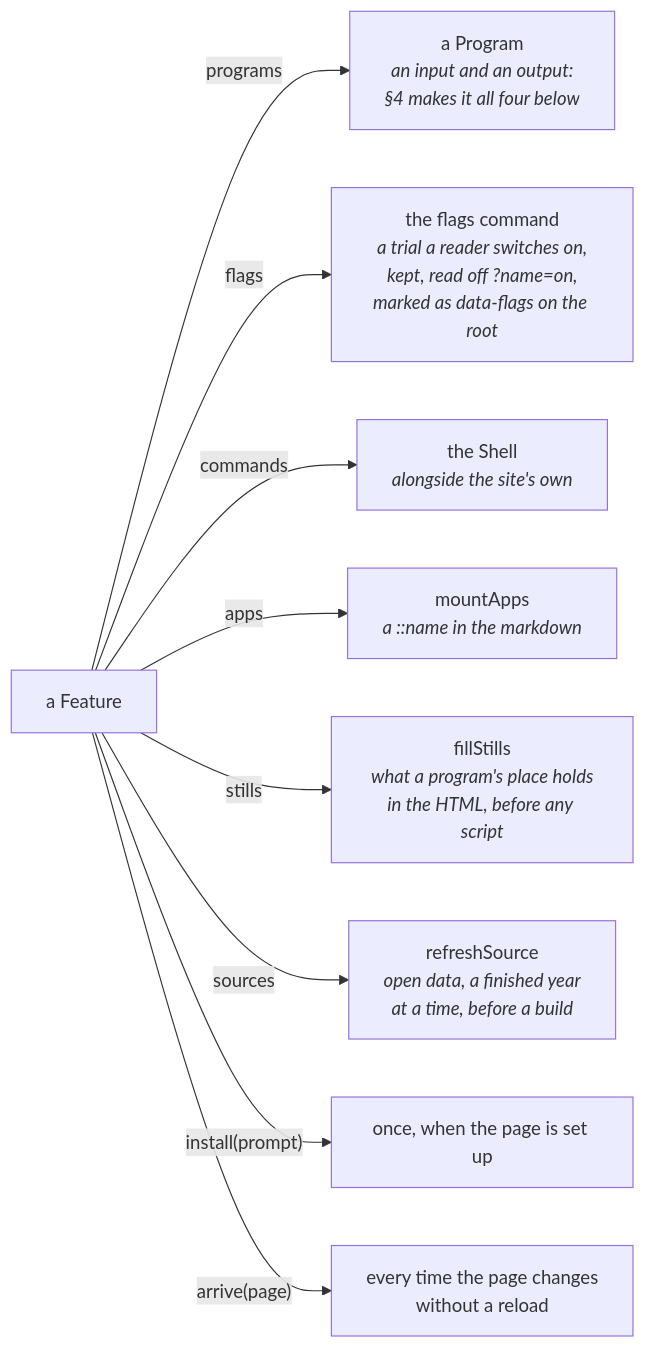
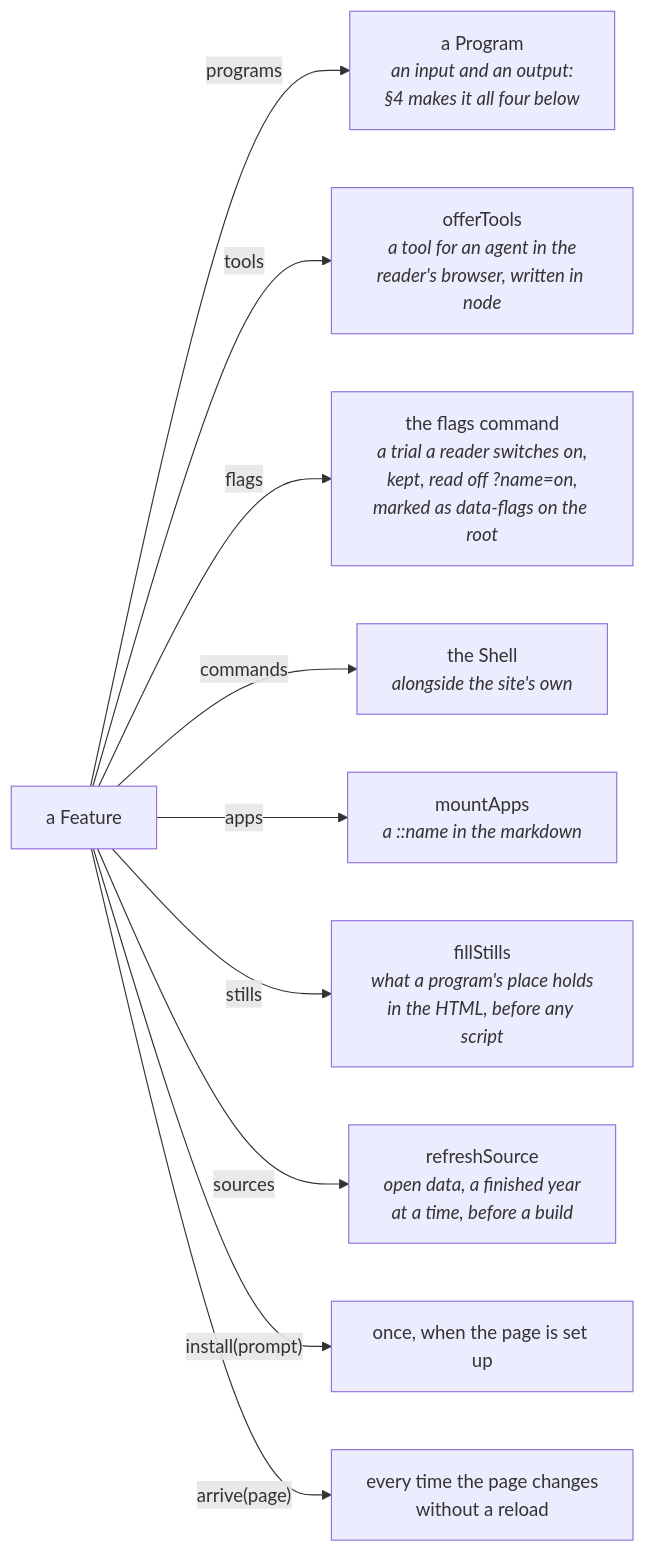
One commit to drpicox/david-rodenas.com changed the third of 8 diagrams in ARCHITECTURE.md. Above: the diagram before and after it, drawn with Mermaid. The commit also changed other lines of this file and 18 other files, not shown here.

````diff
--- a/ARCHITECTURE.md
+++ b/ARCHITECTURE.md
@@ -89,13 +90,14 @@
 ```mermaid
 graph LR
   feature["a Feature"]
 
   feature -- "programs" --> programs["a Program<br/><i>an input and an output:<br/>§4 makes it all four below</i>"]
+  feature -- "tools" --> tools["offerTools<br/><i>a tool for an agent in the<br/>reader's browser, written in node</i>"]
   feature -- "flags" --> flags["the flags command<br/><i>a trial a reader switches on,<br/>kept, read off ?name=on,<br/>marked as data-flags on the root</i>"]
   feature -- "commands" --> shell["the Shell<br/><i>alongside the site's own</i>"]
   feature -- "apps" --> apps["mountApps<br/><i>a ::name in the markdown</i>"]
   feature -- "stills" --> stills["fillStills<br/><i>what a program's place holds<br/>in the HTML, before any script</i>"]
   feature -- "sources" --> sources["refreshSource<br/><i>open data, a finished year<br/>at a time, before a build</i>"]
   feature -- "install(prompt)" --> once["once, when the page is set up"]
   feature -- "arrive(page)" --> moved["every time the page changes<br/>without a reload"]
 ```
````
